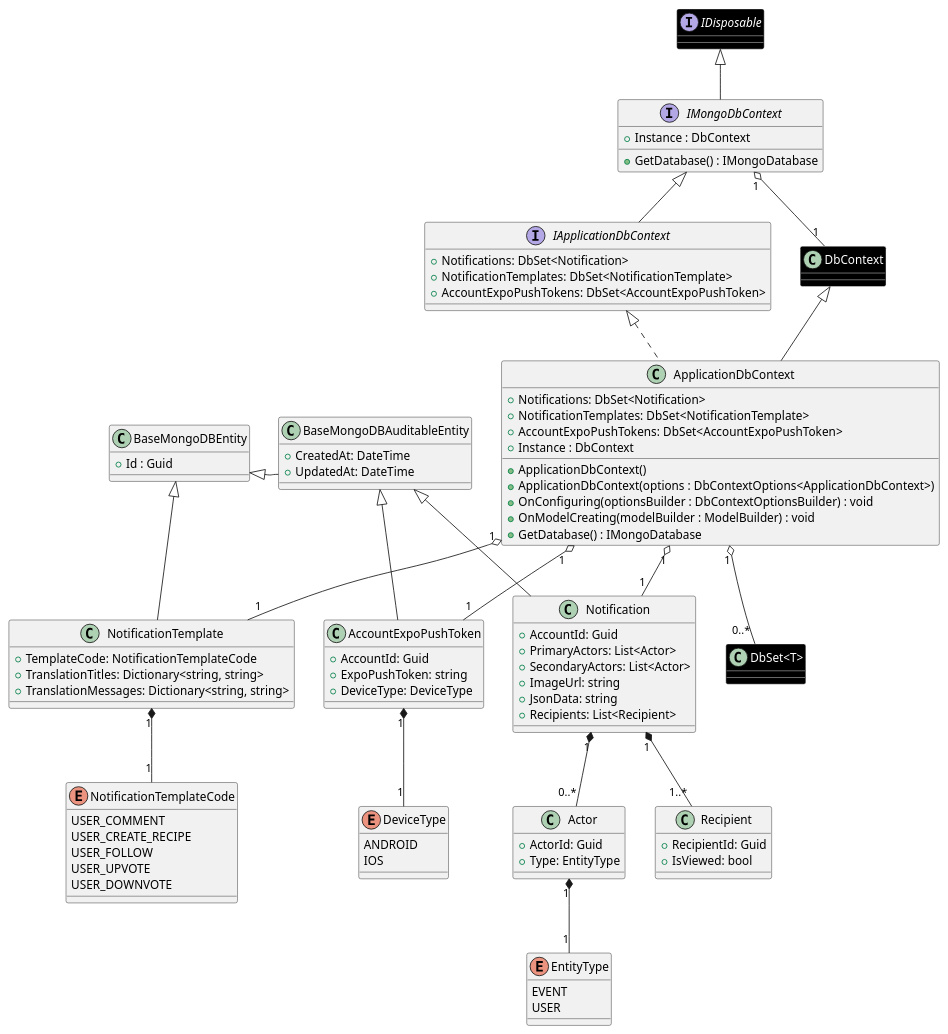
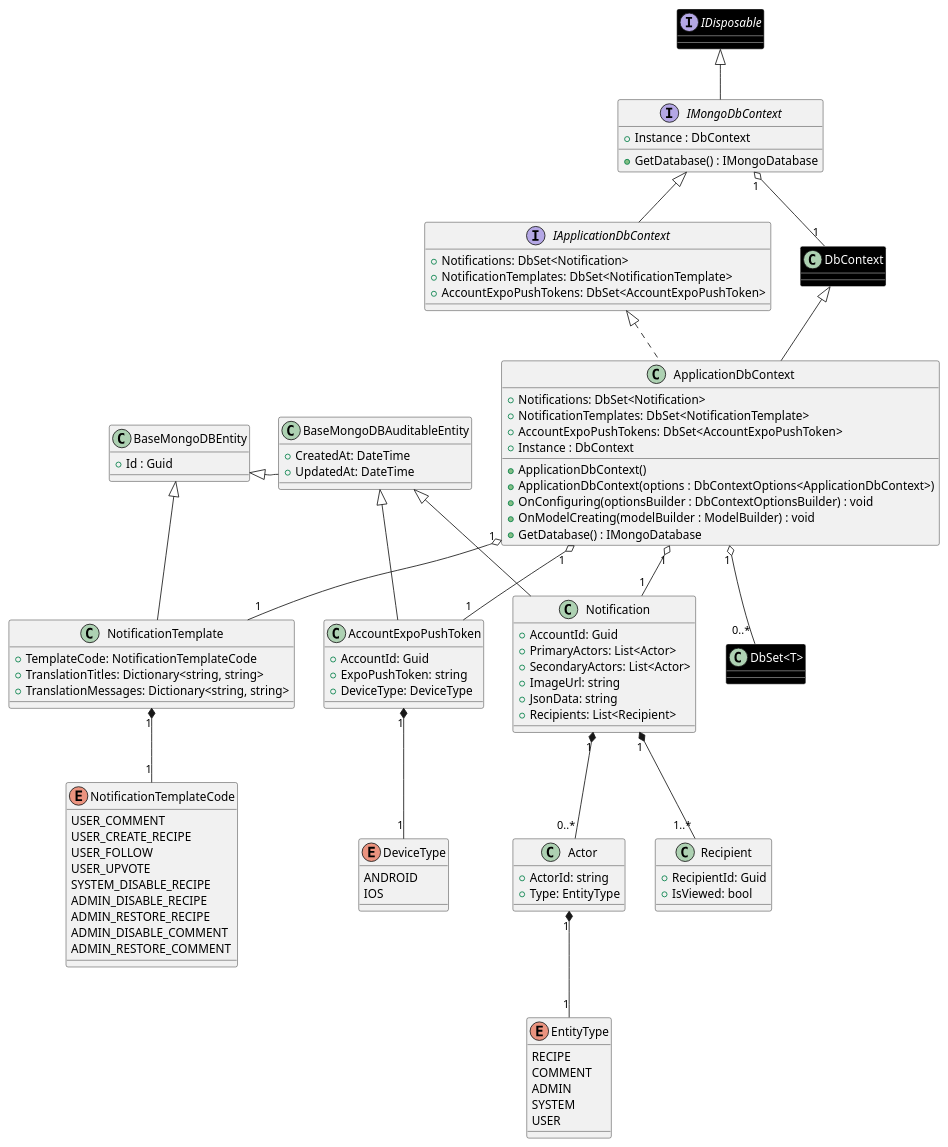
One commit to Carl-Johnsons/tastopia changed the diagram in doc/SDS/CommonClassDiagram/Notification/NotificationDbContext.plantuml. Above: the diagram before and after it, drawn with PlantUML. The commit also changed 16 other files, not shown here.

Commit message:
doc: add some notification class diagram

```diff
--- a/doc/SDS/CommonClassDiagram/Notification/NotificationDbContext.plantuml
+++ b/doc/SDS/CommonClassDiagram/Notification/NotificationDbContext.plantuml
@@ -1,109 +1,116 @@
 @startuml NotificationDbContext
 
 interface IMongoDbContext extends IDisposable {
     +Instance : DbContext
     +GetDatabase() : IMongoDatabase
 }
 ' ========= Entity class =========
 class BaseMongoDBEntity {
     +Id : Guid
 }
 
 class BaseMongoDBAuditableEntity extends BaseMongoDBEntity {
     +CreatedAt: DateTime
     +UpdatedAt: DateTime
 }
 
 class AccountExpoPushToken extends BaseMongoDBAuditableEntity {
     +AccountId: Guid
     +ExpoPushToken: string
     +DeviceType: DeviceType
 }
 
 class Notification extends BaseMongoDBAuditableEntity {
     +AccountId: Guid
     +PrimaryActors: List<Actor>
     +SecondaryActors: List<Actor>
     +ImageUrl: string
     +JsonData: string
     +Recipients: List<Recipient>
 }
 
 class Actor {
-    +ActorId: Guid
+    +ActorId: string
     +Type: EntityType
 }
 
 class Recipient {
     +RecipientId: Guid
     +IsViewed: bool
 }
 
 class NotificationTemplate extends BaseMongoDBEntity {
     +TemplateCode: NotificationTemplateCode
     +TranslationTitles: Dictionary<string, string>
     +TranslationMessages: Dictionary<string, string>
 }
 
 interface IApplicationDbContext extends IMongoDbContext {
     +Notifications: DbSet<Notification>
     +NotificationTemplates: DbSet<NotificationTemplate>
     +AccountExpoPushTokens: DbSet<AccountExpoPushToken>
 }
 
 enum NotificationTemplateCode {
     USER_COMMENT
     USER_CREATE_RECIPE
     USER_FOLLOW
     USER_UPVOTE
-    USER_DOWNVOTE
+    SYSTEM_DISABLE_RECIPE
+    ADMIN_DISABLE_RECIPE
+    ADMIN_RESTORE_RECIPE
+    ADMIN_DISABLE_COMMENT
+    ADMIN_RESTORE_COMMENT
 }
 
 enum EntityType {
-    EVENT
+    RECIPE
+    COMMENT
+    ADMIN
+    SYSTEM
     USER
 }
 
 class ApplicationDbContext extends DbContext implements IApplicationDbContext {
     +Notifications: DbSet<Notification>
     +NotificationTemplates: DbSet<NotificationTemplate>
     +AccountExpoPushTokens: DbSet<AccountExpoPushToken>
     +Instance : DbContext
     +ApplicationDbContext()
     +ApplicationDbContext(options : DbContextOptions<ApplicationDbContext>)
     +OnConfiguring(optionsBuilder : DbContextOptionsBuilder) : void
     +OnModelCreating(modelBuilder : ModelBuilder) : void
     +GetDatabase() : IMongoDatabase
 }
 
 enum DeviceType {
     ANDROID
     IOS
 }
 
 ' ========= Library class =========
 interface IDisposable #black;line:white;text:white
 class "DbSet<T>" #black;line:white;text:white
 class DbContext #black;line:white;text:white
 
 IMongoDbContext "1" o-- "1" DbContext
 
 AccountExpoPushToken "1" *-- "1" DeviceType
 
 ApplicationDbContext "1" o-- "0..*" "DbSet<T>"
 ApplicationDbContext "1" o-- "1" "Notification"
 ApplicationDbContext "1" o-- "1" "NotificationTemplate"
 ApplicationDbContext "1" o-- "1" "AccountExpoPushToken"
 
 Notification "1" *--"0..*" Actor
 Notification "1" *--"1..*" Recipient
 NotificationTemplate "1" *-- "1" NotificationTemplateCode
 
 "Actor" "1" *-- "1" EntityType
 
 ' =========== Style ==============
 ApplicationDbContext o-[hidden]down- "DbSet<T>"
 
 BaseMongoDBAuditableEntity -[hidden]right- BaseMongoDBEntity 
 
 @enduml
```
